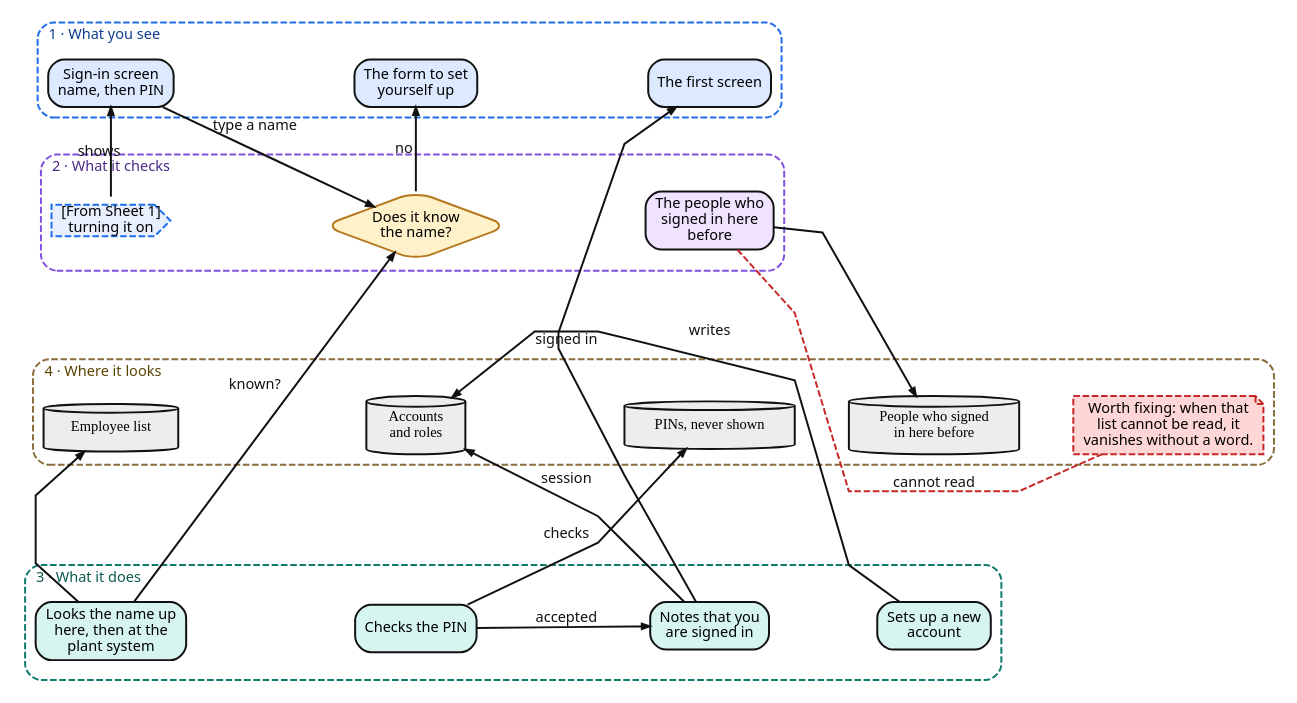
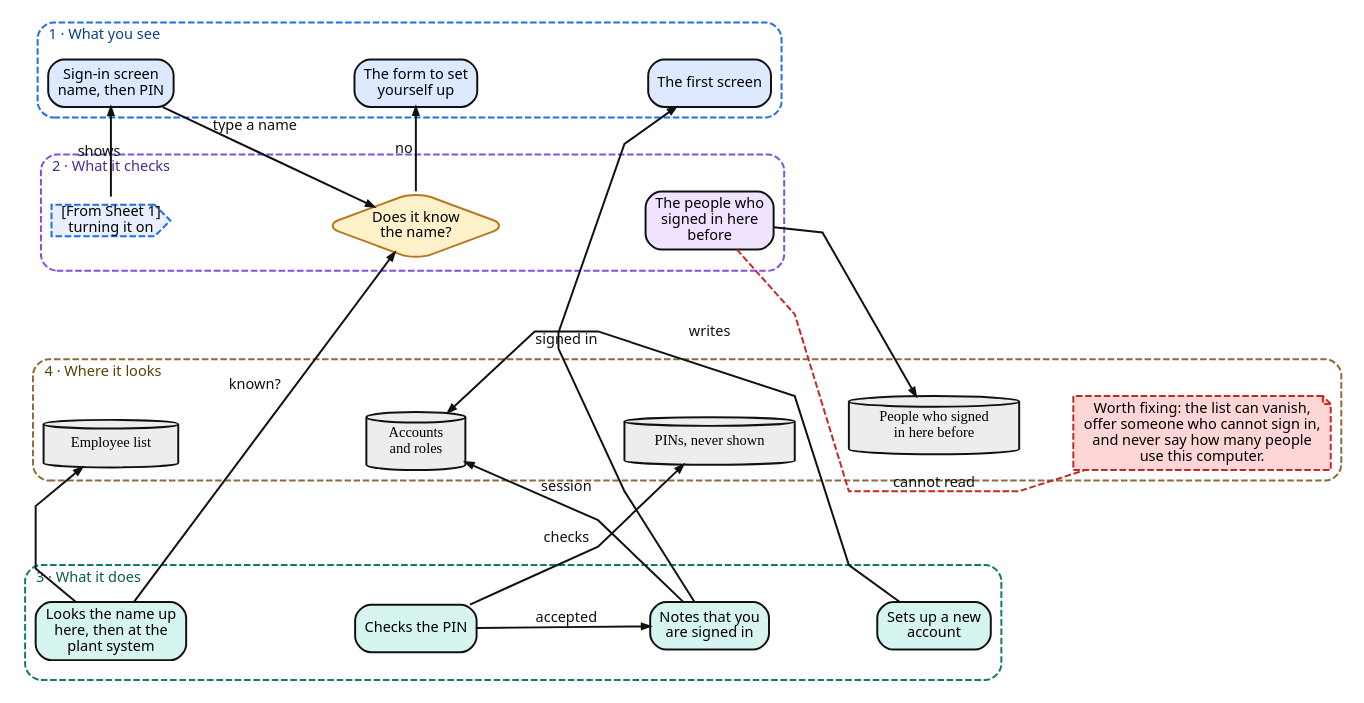
Before and after one commit to JDKoll1982/MTM_Waitlist: the diagram in docs/diagrams/dot/startup-launch/diagram-startup-launch-friendly-2-signing-in.dot, drawn with Graphviz. The commit also changed 86 other files, not shown here.

```diff
--- a/docs/diagrams/dot/startup-launch/diagram-startup-launch-friendly-2-signing-in.dot
+++ b/docs/diagrams/dot/startup-launch/diagram-startup-launch-friendly-2-signing-in.dot
@@ -1,71 +1,71 @@
 // Startup — made simple · Sheet 2 of 2: signing in — Sheet 2 of 2
 // Source of truth: SignInPage, SignInViewModel, IdentifierSignInService, CredentialCheckService, LaunchSessionService, PreviousSignInService
 digraph StartupFriendly2 {
   graph [
     rankdir=LR, splines=polyline, overlap=false, nodesep=0.45, ranksep=0.55,
     newrank=true, fontname="Segoe UI", fontsize=11, bgcolor="#FFFFFF", pad=0.02
   ];
   node [
     shape=box, style="rounded,filled", fontname="Segoe UI", fontsize=11,
     margin="0.10,0.05", penwidth=1.5, color="#111111", fillcolor="#FFFFFF"
   ];
   edge [
     fontname="Segoe UI", fontsize=11, color="#111111", arrowsize=0.6,
     penwidth=1.5, fontcolor="#111111"
   ];
   subgraph cluster_ui {
     label="1 · What you see"; fontcolor="#0B3D91"; color="#1F6FEB";
     style="rounded,dashed"; penwidth=1.5; labeljust=l; labelloc=t; margin=8;
     u_signin [shape=box, label="Sign-in screen\nname, then PIN", fillcolor="#DCE9FF"];
     u_form [shape=box, label="The form to set\nyourself up", fillcolor="#DCE9FF"];
     u_first [shape=box, label="The first screen", fillcolor="#DCE9FF"];
   }
   subgraph cluster_vm {
     label="2 · What it checks"; fontcolor="#4B2A8A"; color="#8250DF";
     style="rounded,dashed"; penwidth=1.5; labeljust=l; labelloc=t; margin=8;
     x_back [shape=cds, label="[From Sheet 1]\nturning it on", fillcolor="#E8F0FF", color="#1F6FEB", style="filled,dashed"];
     d_known [shape=diamond, label="Does it know\nthe name?", fillcolor="#FFF1C9", color="#B7791F", margin="0.01,0.01"];
     v_offer [shape=box, label="The people who\nsigned in here\nbefore", fillcolor="#EFE3FF"];
   }
   subgraph cluster_svc {
     label="3 · What it does"; fontcolor="#0A5A4F"; color="#0F7B6C";
     style="rounded,dashed"; penwidth=1.5; labeljust=l; labelloc=t; margin=8;
     s_name [shape=box, label="Looks the name up\nhere, then at the\nplant system", fillcolor="#D6F5F0"];
     s_pin [shape=box, label="Checks the PIN", fillcolor="#D6F5F0"];
     s_session [shape=box, label="Notes that you\nare signed in", fillcolor="#D6F5F0"];
     s_setup [shape=box, label="Sets up a new\naccount", fillcolor="#D6F5F0"];
   }
   subgraph cluster_data {
     label="4 · Where it looks"; fontcolor="#5A4300"; color="#8A6D3B";
     style="rounded,dashed"; penwidth=1.5; labeljust=l; labelloc=t; margin=8;
     d_people [shape=cylinder, label="Employee list", fillcolor="#EDEDED", fontname="Consolas"];
     d_accounts [shape=cylinder, label="Accounts\nand roles", fillcolor="#EDEDED", fontname="Consolas"];
     d_pins [shape=cylinder, label="PINs, never shown", fillcolor="#EDEDED", fontname="Consolas"];
     d_recent [shape=cylinder, label="People who signed\nin here before", fillcolor="#EDEDED", fontname="Consolas"];
-    n_offer [shape=note, label="Worth fixing: when that\nlist cannot be read, it\nvanishes without a word.", fillcolor="#FFD6D6", color="#C62828", style="filled,dashed"];
+    n_offer [shape=note, label="Worth fixing: the list can vanish,\noffer someone who cannot sign in,\nand never say how many people\nuse this computer.", fillcolor="#FFD6D6", color="#C62828", style="filled,dashed"];
   }
   { rank=same; u_signin; x_back; s_name; d_people; }
   u_signin -> x_back -> s_name -> d_people [style=invis, constraint=false];
   { rank=same; u_form; d_known; s_pin; d_accounts; }
   u_form -> d_known -> s_pin -> d_accounts [style=invis, constraint=false];
   { rank=same; u_first; v_offer; s_session; d_pins; }
   u_first -> v_offer -> s_session -> d_pins [style=invis, constraint=false];
   { rank=same; s_setup; d_recent; }
   s_setup -> d_recent [style=invis, constraint=false];
   u_signin -> u_form -> u_first [style=invis, constraint=true];
   x_back -> d_known -> v_offer [style=invis, constraint=true];
   s_name -> s_pin -> s_session -> s_setup [style=invis, constraint=true];
   d_people -> d_accounts -> d_pins -> d_recent -> n_offer [style=invis, constraint=true];
   x_back -> u_signin [label="shows"];
   u_signin -> d_known [label="type a name"];
   s_name -> d_known [label="known?"];
   v_offer -> n_offer [label="cannot read", style=dashed, color="#C62828", arrowhead=none, constraint=false];
   v_offer -> d_recent;
   s_name -> d_people;
   d_known -> u_form [label="no"];
   s_setup -> d_accounts [label="writes"];
   s_pin -> d_pins [label="checks"];
   s_pin -> s_session [label="accepted"];
   s_session -> d_accounts [label="session"];
   s_session -> u_first [label="signed in"];
 }
```
